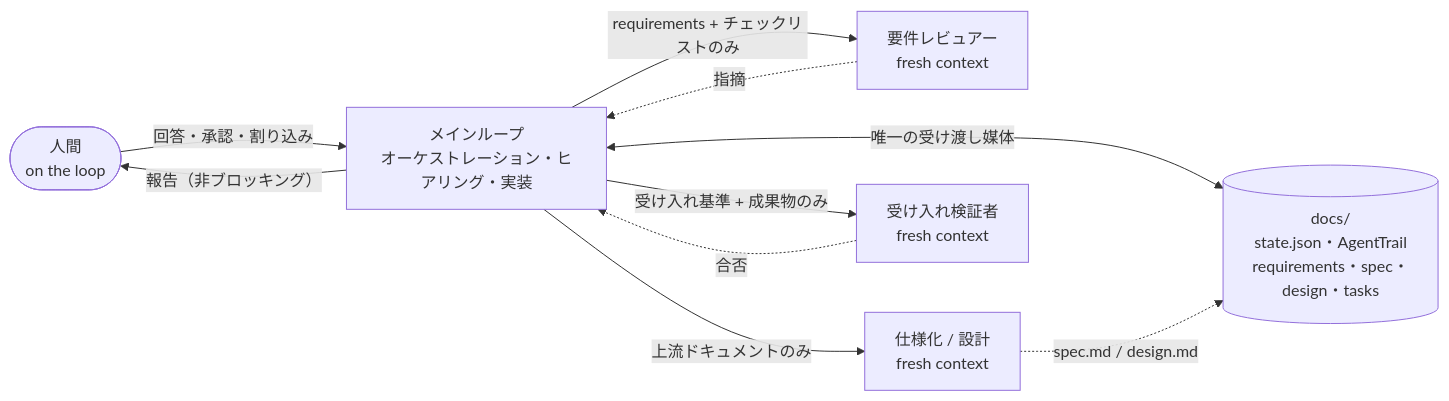
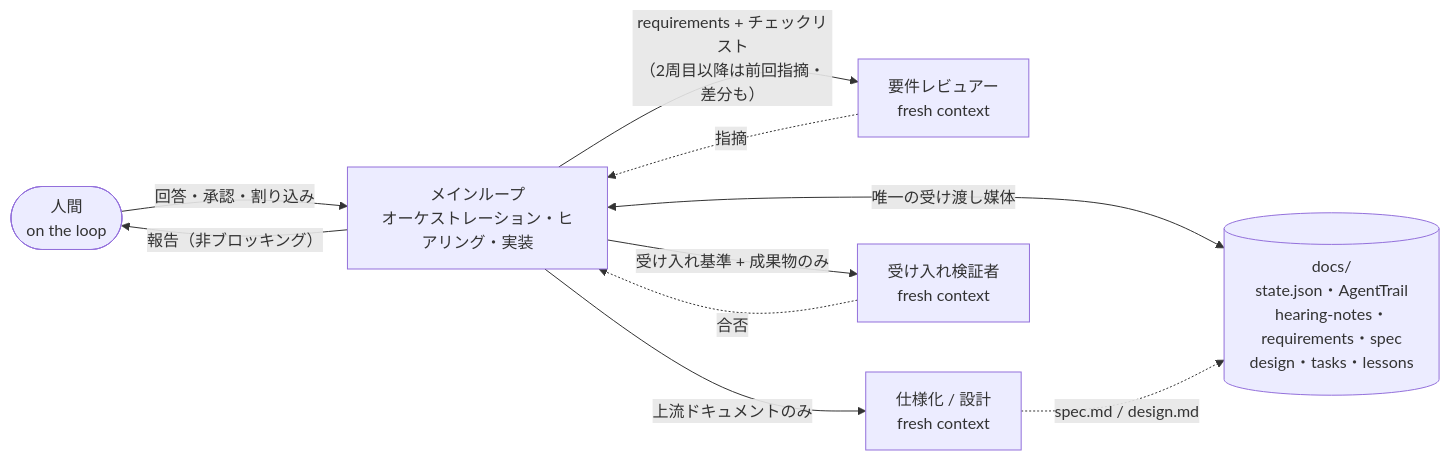
One commit to Harurow/human-on-the-loop changed the second of 2 diagrams in README.md. Above: the diagram before and after it, drawn with Mermaid. The commit also changed 5 other files, not shown here.

````diff
--- a/README.md
+++ b/README.md
@@ -44,19 +44,19 @@
 ```mermaid
 flowchart LR
     H([人間<br/>on the loop])
     M[メインループ<br/>オーケストレーション・ヒアリング・実装]
     R[要件レビュアー<br/>fresh context]
     S[仕様化 / 設計<br/>fresh context]
     V[受け入れ検証者<br/>fresh context]
-    D[(docs/<br/>state.json・AgentTrail<br/>requirements・spec・design・tasks)]
+    D[(docs/<br/>state.json・AgentTrail<br/>hearing-notes・requirements・spec<br/>design・tasks・lessons)]
 
     H -->|回答・承認・割り込み| M
     M -->|報告（非ブロッキング）| H
-    M -->|requirements + チェックリストのみ| R
+    M -->|requirements + チェックリスト<br/>（2周目以降は前回指摘・差分も）| R
     M -->|上流ドキュメントのみ| S
     M -->|受け入れ基準 + 成果物のみ| V
     M <-->|唯一の受け渡し媒体| D
     R -.->|指摘| M
     S -.->|spec.md / design.md| D
     V -.->|合否| M
 ```
````
